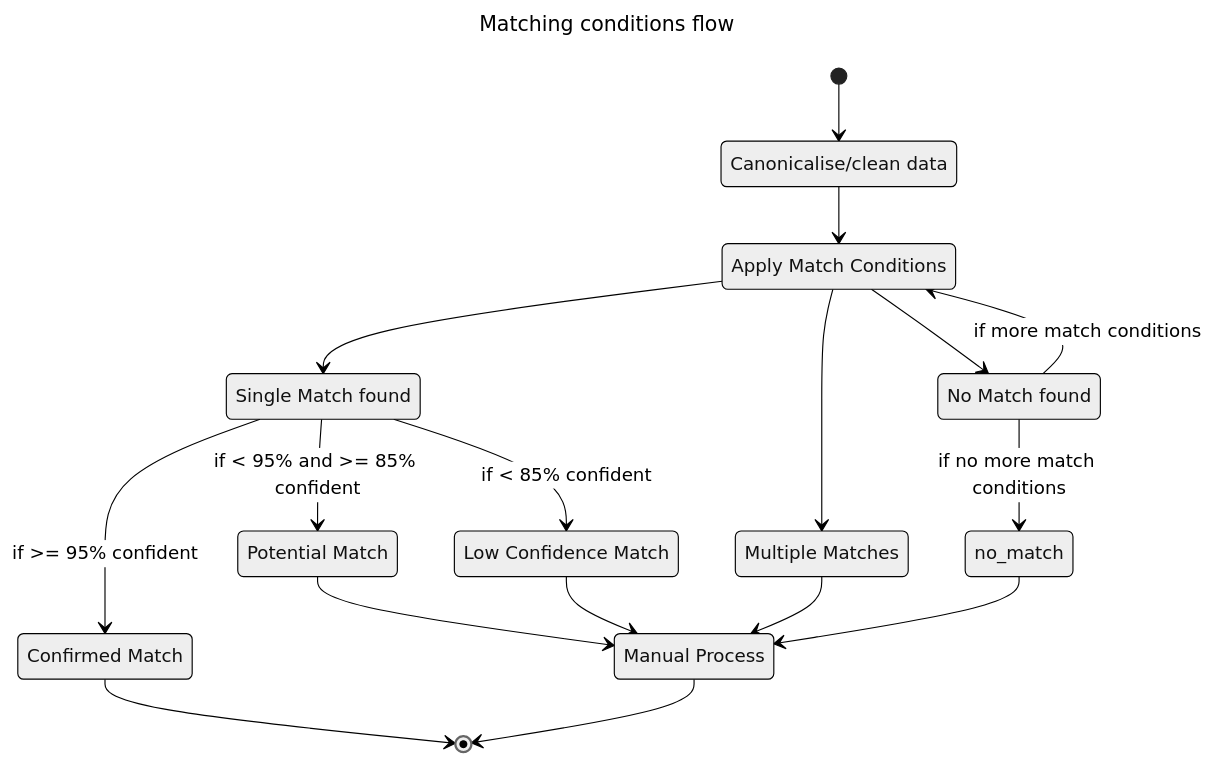
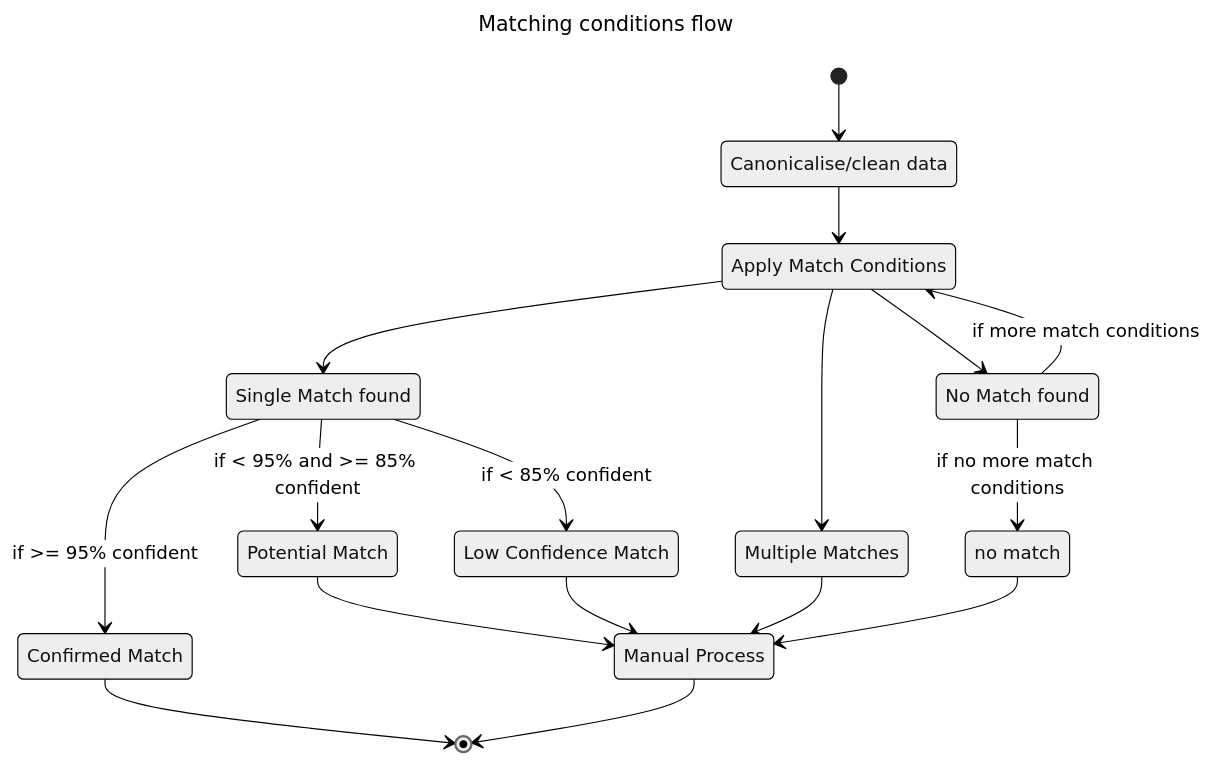
Before and after one commit to DFE-Digital/SUI_Matcher: the fourth of 4 diagrams in documentation/docs/architecture.md, drawn with Mermaid (neutral theme).

Commit message:
docs: Update architecture.md no_match

````diff
--- a/documentation/docs/architecture.md
+++ b/documentation/docs/architecture.md
@@ -271,32 +271,33 @@
 ```mermaid
 ---
 title: Matching conditions flow
 ---
 stateDiagram-v2
     clean: Canonicalise/clean data
     apply_match_conditions: Apply Match Conditions
     if_single_match: Single Match found
     if_no_match_state: No Match found
     confirmed_match: Confirmed Match
     potential_match: Potential Match
     low_confidence_match: Low Confidence Match
+    no_match: no match
     manual_process: Manual Process
     multiple_match: Multiple Matches
     [*] --> clean
     clean --> apply_match_conditions
     apply_match_conditions --> if_single_match
     apply_match_conditions --> multiple_match
     multiple_match --> manual_process
     if_single_match --> confirmed_match: if >= 95% confident
     if_single_match --> potential_match: if < 95% and >= 85% confident
     if_single_match --> low_confidence_match: if < 85% confident
     confirmed_match --> [*]
     potential_match --> manual_process
     low_confidence_match --> manual_process
     apply_match_conditions --> if_no_match_state
     if_no_match_state --> apply_match_conditions: if more match conditions
     if_no_match_state --> no_match: if no more match conditions
     no_match --> manual_process
     manual_process --> [*]
 
 ```
````
